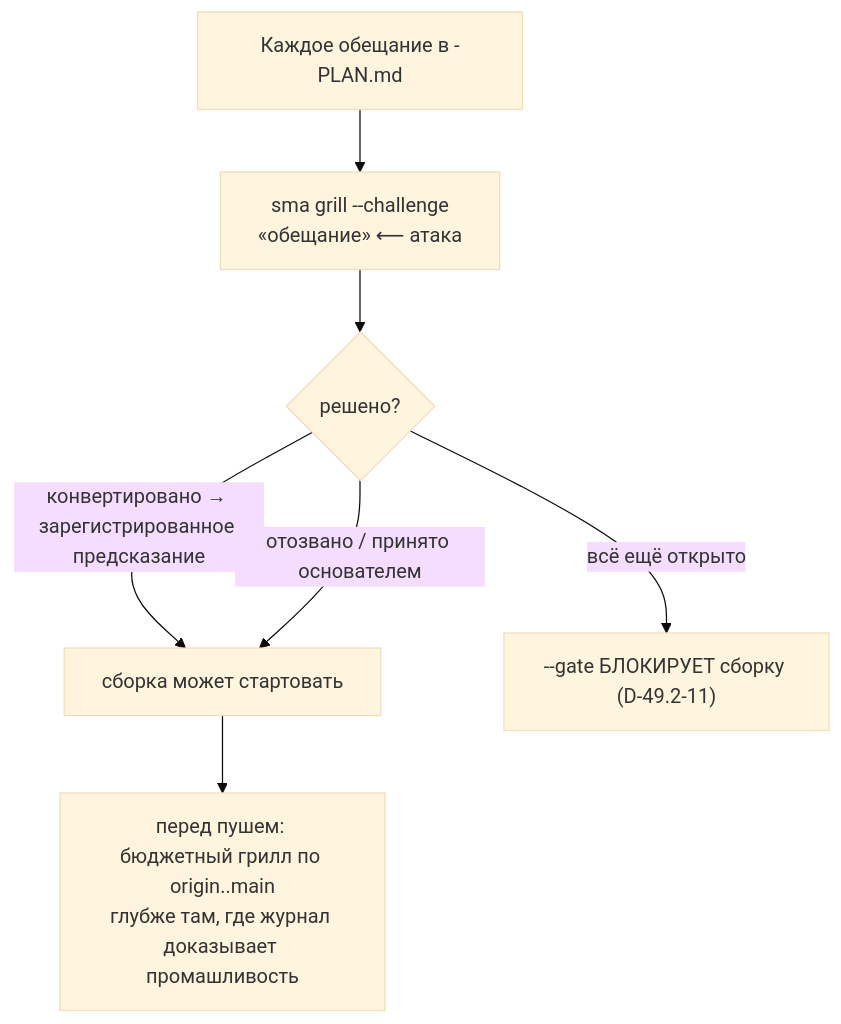
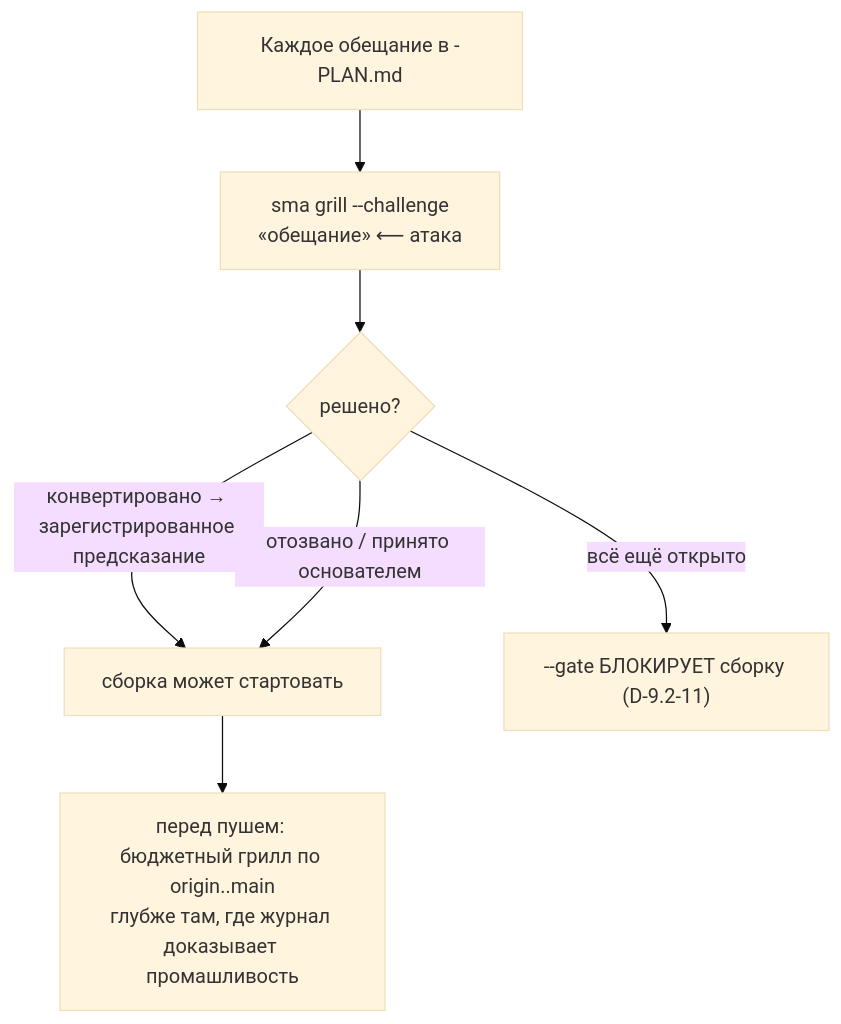
Diagram 16 of 24 in README.ru.md (sma-framework/sma), drawn with Mermaid (base theme) before and after one commit. The commit also changed other lines of this file and 257 other files, not shown here.

````diff
--- a/README.ru.md
+++ b/README.ru.md
@@ -647,9 +647,9 @@
 ```mermaid
 flowchart TD
     P["Каждое обещание в -PLAN.md"] --> CH["sma grill --challenge<br>«обещание» ⟵ атака"]
     CH --> Q{"решено?"}
     Q -->|"конвертировано → зарегистрированное предсказание"| GO["сборка может стартовать"]
     Q -->|"отозвано / принято основателем"| GO
-    Q -->|"всё ещё открыто"| STOP["--gate БЛОКИРУЕТ сборку (D-49.2-11)"]
+    Q -->|"всё ещё открыто"| STOP["--gate БЛОКИРУЕТ сборку (D-9.2-11)"]
     GO --> PP["перед пушем: бюджетный грилл по origin..main<br>глубже там, где журнал доказывает промашливость"]
 ```
````
